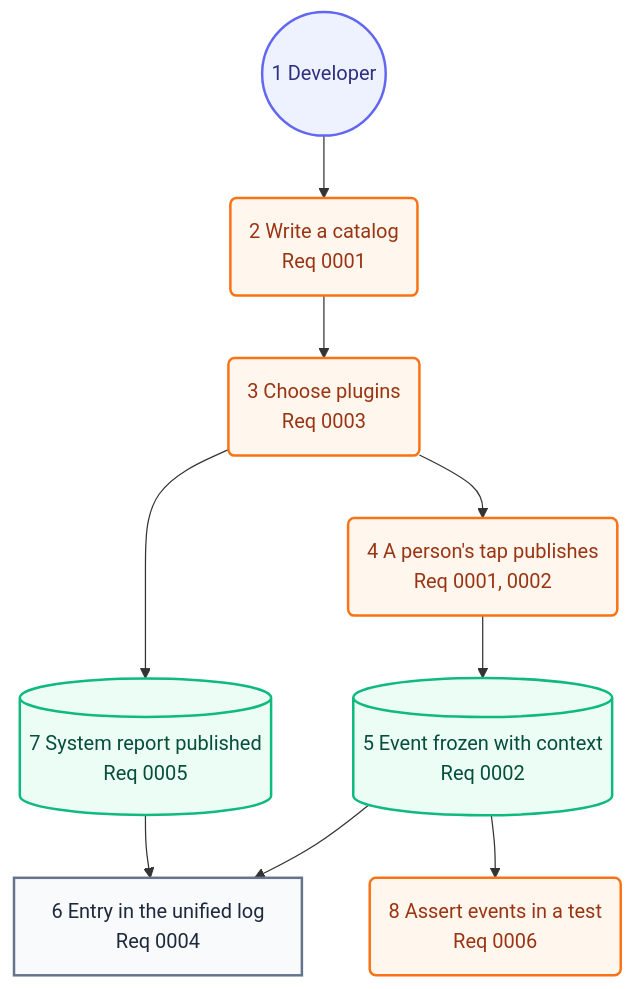
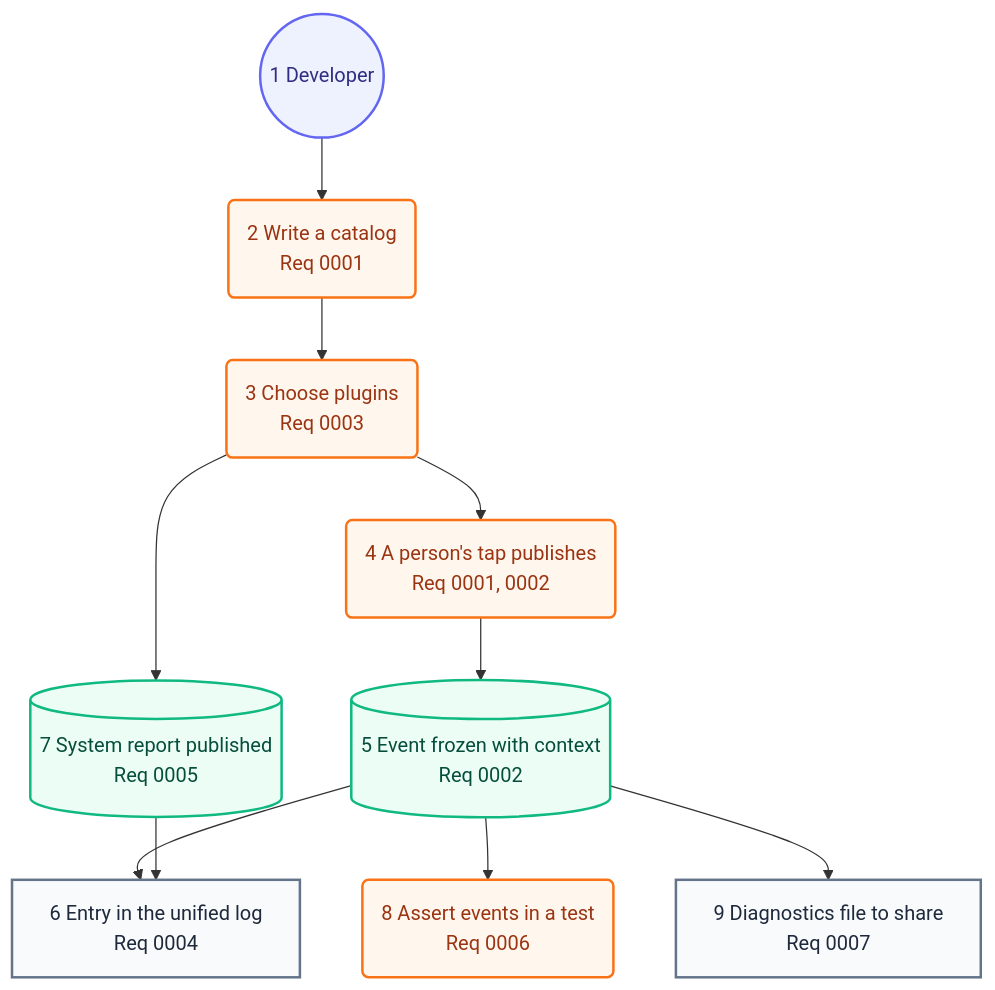
The second of 2 diagrams in docs/architecture/05-user-journey.md (may-journal/Stratum-Observability-Swift), drawn with Mermaid before and after one commit. The commit also changed other lines of this file and 8 other files, not shown here.

````diff
--- a/docs/architecture/05-user-journey.md
+++ b/docs/architecture/05-user-journey.md
@@ -31,25 +31,27 @@
 ```mermaid
 flowchart TB
     dev((1 Developer)):::persona
     catalog(2 Write a catalog<br/>Req 0001):::action
     plugins(3 Choose plugins<br/>Req 0003):::action
     tap(4 A person's tap publishes<br/>Req 0001, 0002):::action
     snapshot[(5 Event frozen with context<br/>Req 0002)]:::system
     log[6 Entry in the unified log<br/>Req 0004]:::screen
     report[(7 System report published<br/>Req 0005)]:::system
     test(8 Assert events in a test<br/>Req 0006):::action
+    share[9 Diagnostics file to share<br/>Req 0007]:::screen
 
     dev --> catalog
     catalog --> plugins
     plugins --> tap
     tap --> snapshot
     snapshot --> log
     plugins --> report
     report --> log
     snapshot --> test
+    snapshot --> share
 
     classDef persona fill:#eef2ff,stroke:#6366f1,color:#312e81,stroke-width:2px
     classDef screen fill:#f8fafc,stroke:#64748b,color:#1e293b,stroke-width:2px
     classDef action fill:#fff7ed,stroke:#f97316,color:#9a3412,stroke-width:2px
     classDef system fill:#ecfdf5,stroke:#10b981,color:#064e3b,stroke-width:2px
 ```
````
